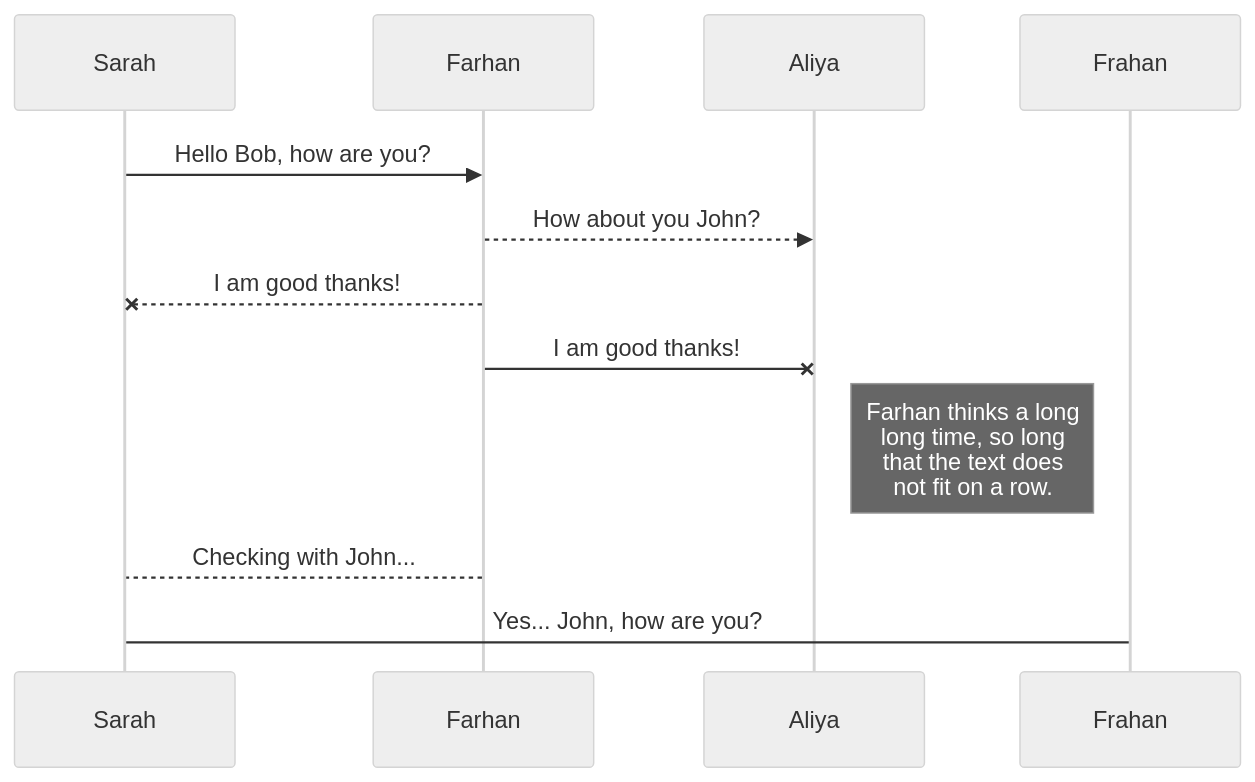
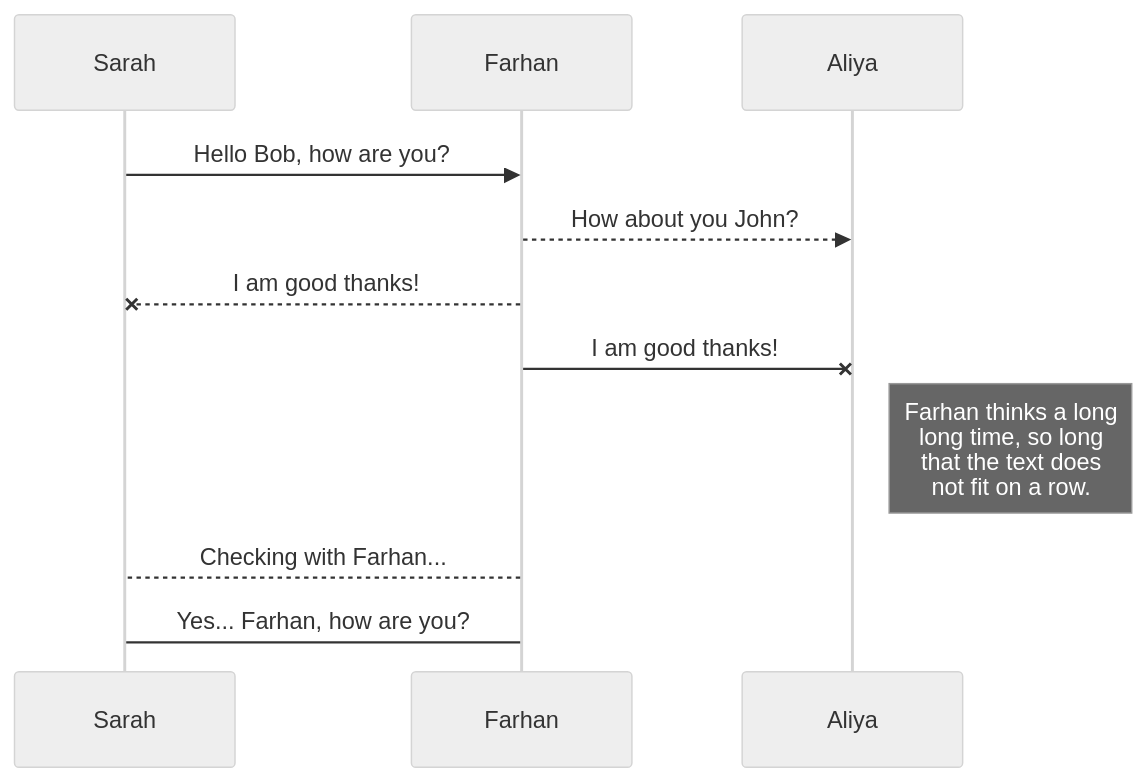
Before and after one commit to drshahizan/learn-github: the first of 2 diagrams in exercise/HPDP/nadiamel/readme.md, drawn with Mermaid (neutral theme).

````diff
--- a/exercise/HPDP/nadiamel/readme.md
+++ b/exercise/HPDP/nadiamel/readme.md
@@ -42,11 +42,11 @@
 ```mermaid
 sequenceDiagram
 Sarah ->> Farhan: Hello Bob, how are you?
 Farhan-->>Aliya: How about you John?
 Farhan--x Sarah: I am good thanks!
 Farhan-x Aliya: I am good thanks!
 Note right of Aliya: Farhan thinks a long<br/>long time, so long<br/>that the text does<br/>not fit on a row.
 
-Farhan-->Sarah: Checking with John...
-Sarah->Frahan: Yes... John, how are you?
+Farhan-->Sarah: Checking with Farhan...
+Sarah->Farhan: Yes... Farhan, how are you?
 ```
````
